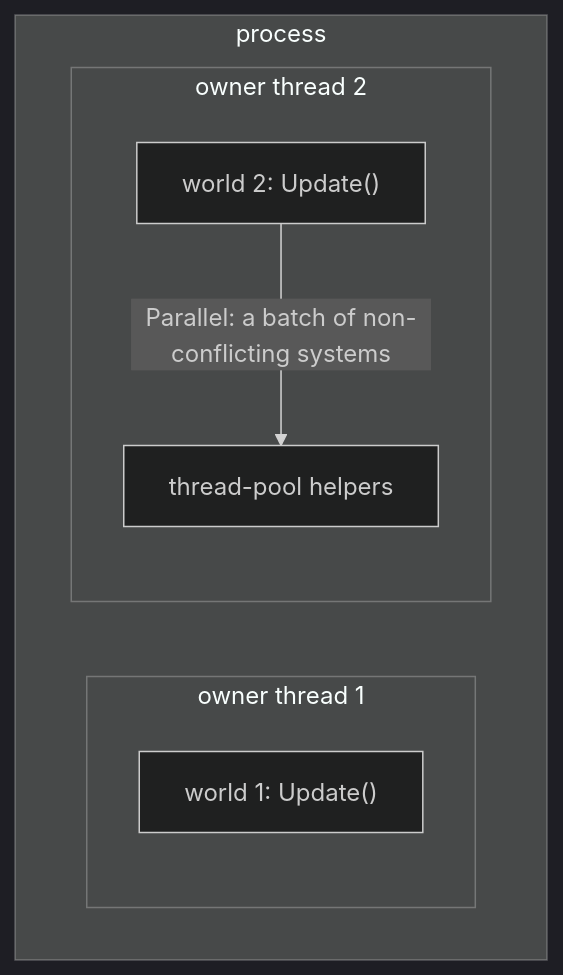
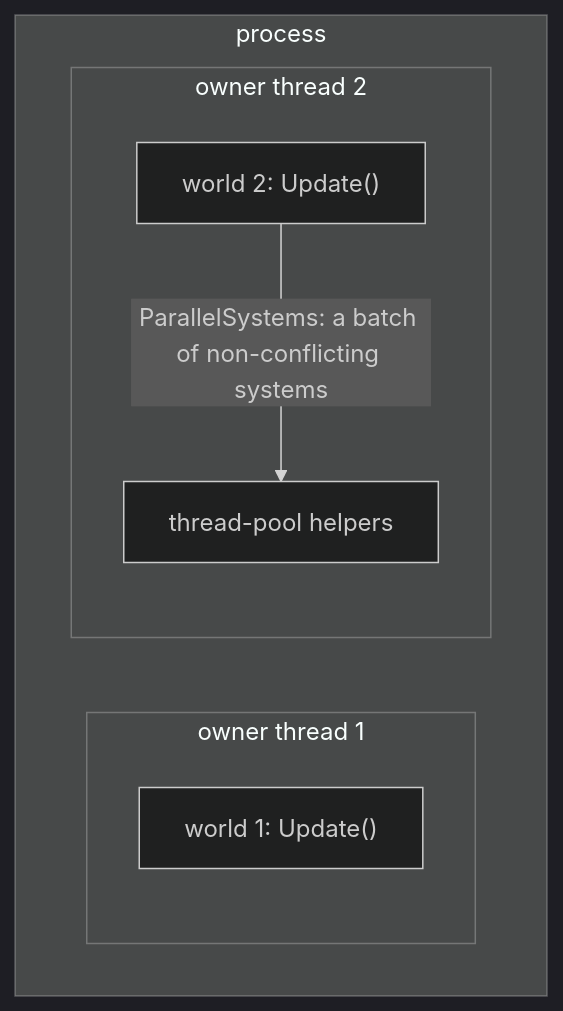
One commit to JasonXuDeveloper/EasyEcs changed the first of 3 diagrams in doc/guide/threading.md. Above: the diagram before and after it, drawn with Mermaid (dark theme). The commit also changed other lines of this file and 8 other files, not shown here.

````diff
--- a/doc/guide/threading.md
+++ b/doc/guide/threading.md
@@ -35,11 +35,11 @@
 ```mermaid
 flowchart TB
     subgraph P [process]
         subgraph S1 [owner thread 1]
             U1["world 1: Update()"]
         end
         subgraph S2 [owner thread 2]
-            U2["world 2: Update()"] -->|Parallel: a batch of non-conflicting systems| TP[thread-pool helpers]
+            U2["world 2: Update()"] -->|ParallelSystems: a batch of non-conflicting systems| TP[thread-pool helpers]
         end
     end
 ```
````
